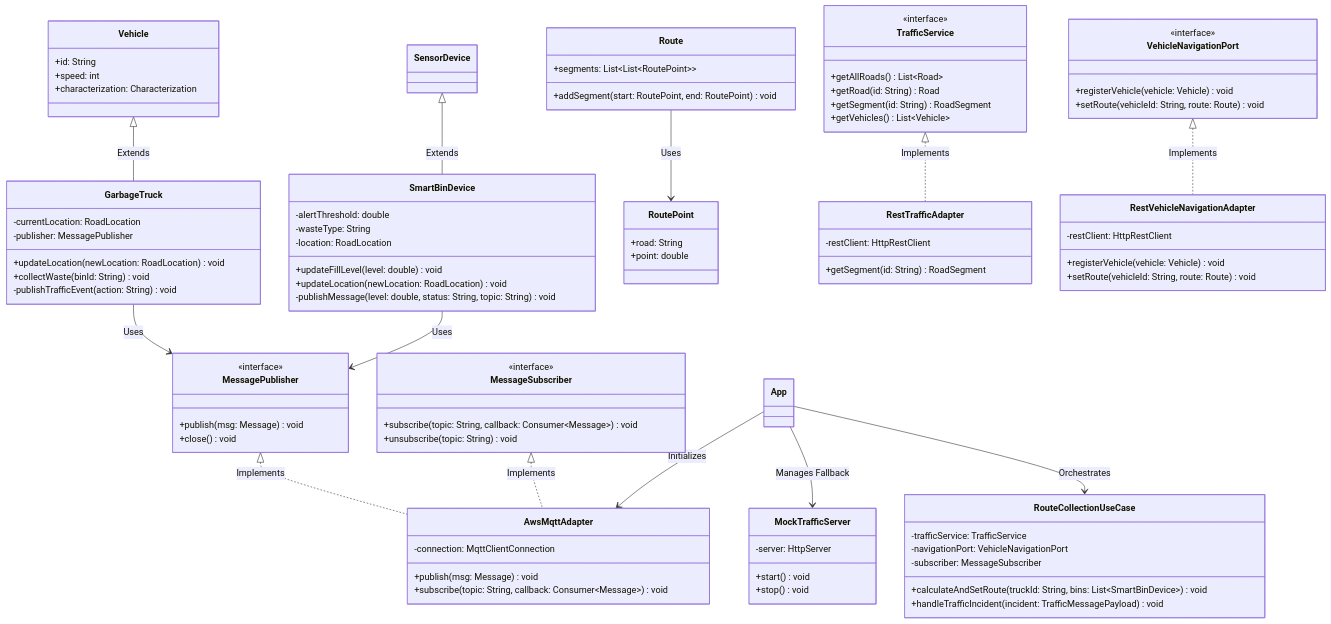
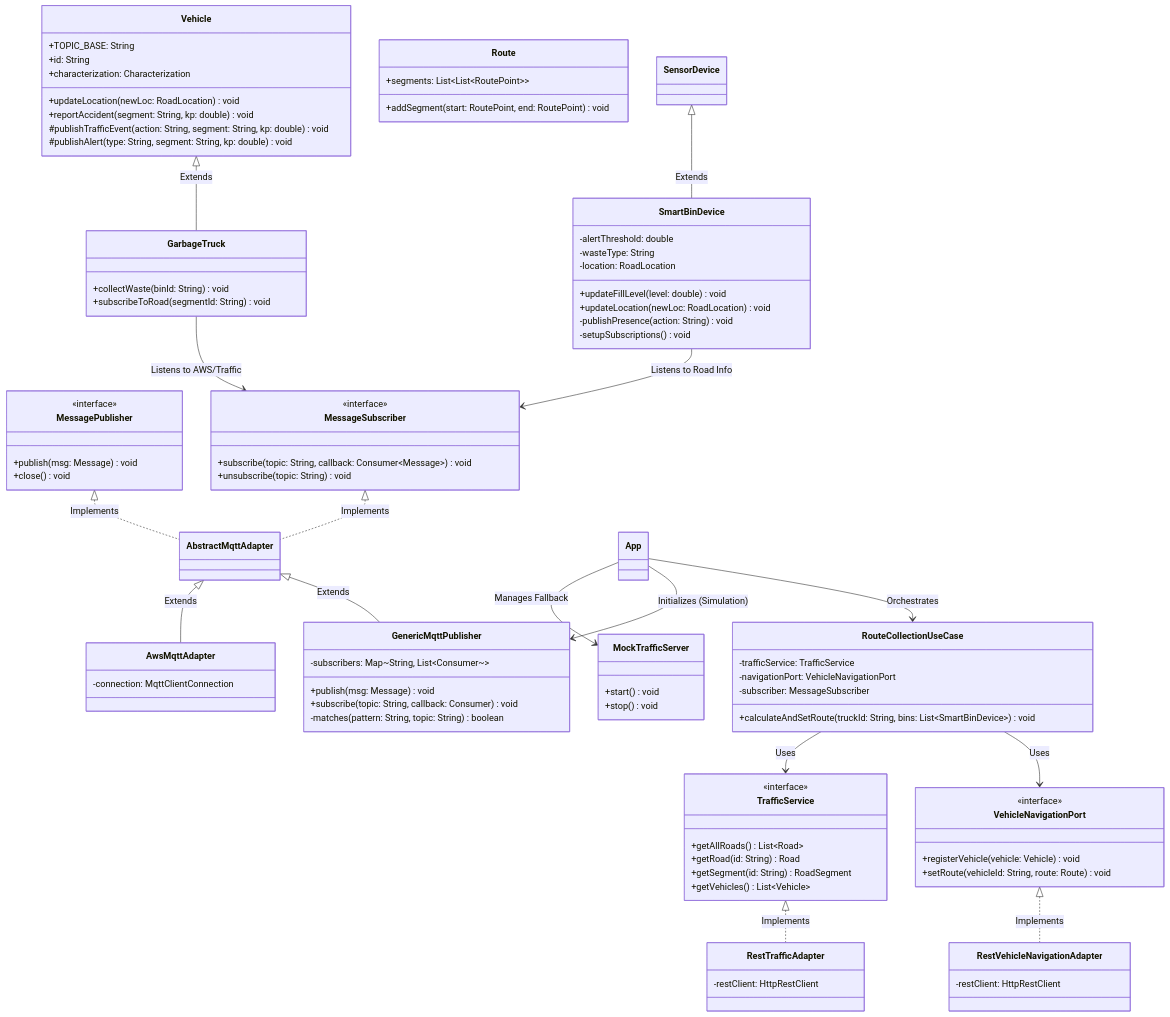
The diagram in docs/Diagrama_Codigo.mermaid (mrcl29/smart-bins-iot), drawn with Mermaid before and after one commit. The commit also changed 12 other files, not shown here.

```diff
--- a/docs/Diagrama_Codigo.mermaid
+++ b/docs/Diagrama_Codigo.mermaid
@@ -1,121 +1,123 @@
 classDiagram
     direction TB
 
     %% ==========================================
     %% Core Interfaces (Ports)
     %% ==========================================
     class MessagePublisher {
         <<interface>>
         +publish(msg: Message) void
         +close() void
     }
 
     class MessageSubscriber {
         <<interface>>
         +subscribe(topic: String, callback: Consumer~Message~) void
         +unsubscribe(topic: String) void
     }
 
     class TrafficService {
         <<interface>>
         +getAllRoads() List~Road~
         +getRoad(id: String) Road
         +getSegment(id: String) RoadSegment
         +getVehicles() List~Vehicle~
     }
 
     class VehicleNavigationPort {
         <<interface>>
         +registerVehicle(vehicle: Vehicle) void
         +setRoute(vehicleId: String, route: Route) void
     }
 
     %% ==========================================
     %% Domain Entities & Use Cases
     %% ==========================================
     class Vehicle {
+        +TOPIC_BASE: String
         +id: String
-        +speed: int
         +characterization: Characterization
+        +updateLocation(newLoc: RoadLocation) void
+        +reportAccident(segment: String, kp: double) void
+        #publishTrafficEvent(action: String, segment: String, kp: double) void
+        #publishAlert(type: String, segment: String, kp: double) void
     }
 
     class GarbageTruck {
-        -currentLocation: RoadLocation
-        -publisher: MessagePublisher
-        +updateLocation(newLocation: RoadLocation) void
         +collectWaste(binId: String) void
-        -publishTrafficEvent(action: String) void
+        +subscribeToRoad(segmentId: String) void
     }
 
     class SmartBinDevice {
         -alertThreshold: double
         -wasteType: String
         -location: RoadLocation
         +updateFillLevel(level: double) void
-        +updateLocation(newLocation: RoadLocation) void
-        -publishMessage(level: double, status: String, topic: String) void
+        +updateLocation(newLoc: RoadLocation) void
+        -publishPresence(action: String) void
+        -setupSubscriptions() void
     }
 
     class Route {
         +segments: List~List~RoutePoint~~
         +addSegment(start: RoutePoint, end: RoutePoint) void
     }
 
-    class RoutePoint {
-        +road: String
-        +point: double
-    }
-
     class RouteCollectionUseCase {
         -trafficService: TrafficService
         -navigationPort: VehicleNavigationPort
         -subscriber: MessageSubscriber
         +calculateAndSetRoute(truckId: String, bins: List~SmartBinDevice~) void
-        +handleTrafficIncident(incident: TrafficMessagePayload) void
     }
 
     %% ==========================================
     %% Infrastructure Adapters
     %% ==========================================
     class AwsMqttAdapter {
         -connection: MqttClientConnection
+    }
+
+    class GenericMqttPublisher {
+        -subscribers: Map~String, List~Consumer~~
         +publish(msg: Message) void
-        +subscribe(topic: String, callback: Consumer~Message~) void
+        +subscribe(topic: String, callback: Consumer) void
+        -matches(pattern: String, topic: String) boolean
     }
 
     class RestTrafficAdapter {
         -restClient: HttpRestClient
-        +getSegment(id: String) RoadSegment
     }
 
     class RestVehicleNavigationAdapter {
         -restClient: HttpRestClient
-        +registerVehicle(vehicle: Vehicle) void
-        +setRoute(vehicleId: String, route: Route) void
     }
 
     class MockTrafficServer {
-        -server: HttpServer
         +start() void
         +stop() void
     }
 
     %% ==========================================
     %% Relationships
     %% ==========================================
 
     Vehicle <|-- GarbageTruck : Extends
     SensorDevice <|-- SmartBinDevice : Extends
     
-    MessagePublisher <|.. AwsMqttAdapter : Implements
-    MessageSubscriber <|.. AwsMqttAdapter : Implements
+    MessagePublisher <|.. AbstractMqttAdapter : Implements
+    MessageSubscriber <|.. AbstractMqttAdapter : Implements
+    AbstractMqttAdapter <|-- AwsMqttAdapter : Extends
+    AbstractMqttAdapter <|-- GenericMqttPublisher : Extends
+    
     TrafficService <|.. RestTrafficAdapter : Implements
     VehicleNavigationPort <|.. RestVehicleNavigationAdapter : Implements
 
     App --> MockTrafficServer : Manages Fallback
-    App --> AwsMqttAdapter : Initializes
+    App --> GenericMqttPublisher : Initializes (Simulation)
     App --> RouteCollectionUseCase : Orchestrates
     
-    Route --> RoutePoint : Uses
-    GarbageTruck --> MessagePublisher : Uses
-    SmartBinDevice --> MessagePublisher : Uses
+    RouteCollectionUseCase --> TrafficService : Uses
+    RouteCollectionUseCase --> VehicleNavigationPort : Uses
+    
+    GarbageTruck --> MessageSubscriber : Listens to AWS/Traffic
+    SmartBinDevice --> MessageSubscriber : Listens to Road Info
```
